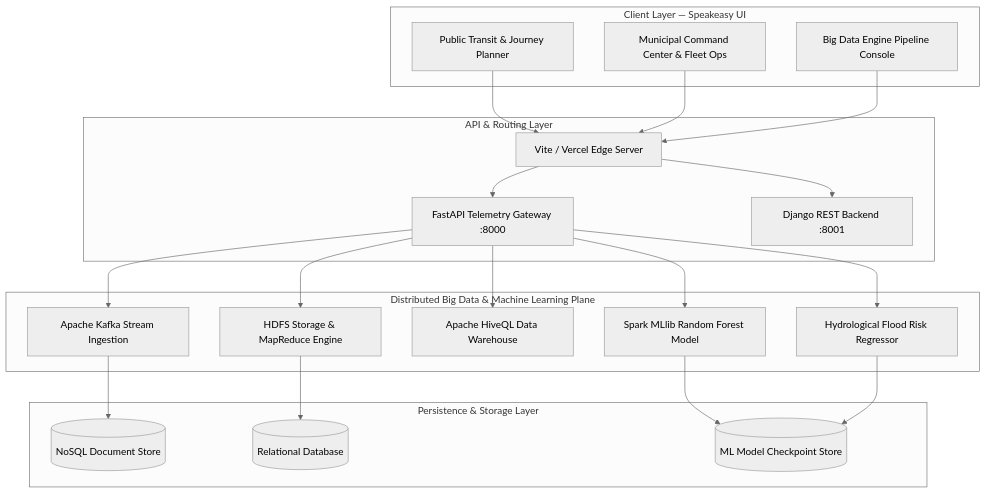
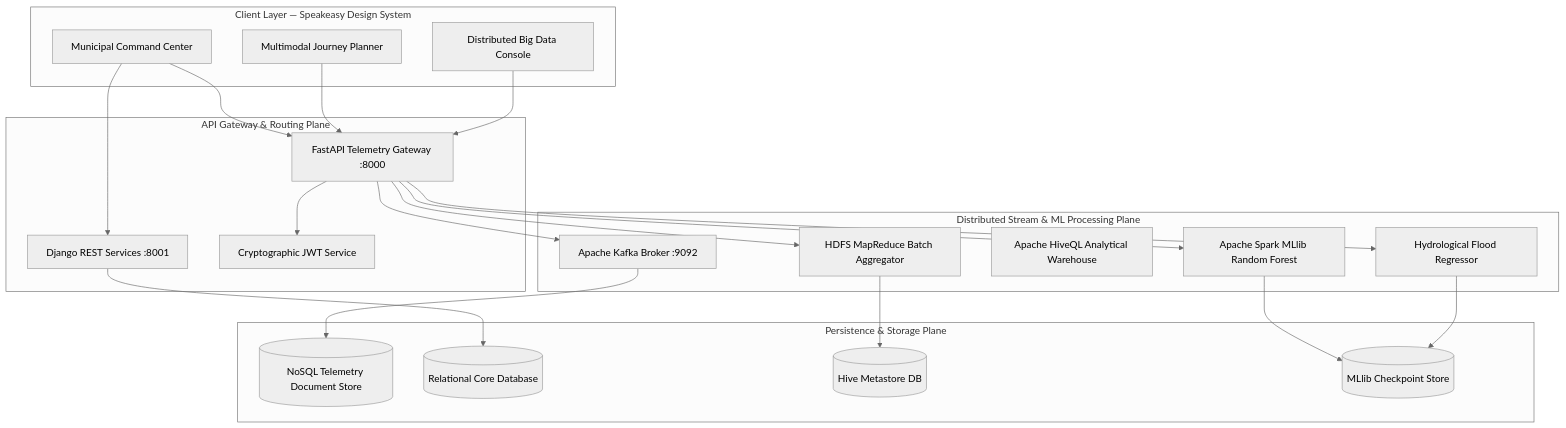
Before and after one commit to yuvanvishnupandi/lambda-mobility: the first of 2 diagrams in README.md, drawn with Mermaid (neutral theme). The commit also changed other lines of this file, not shown here.

````diff
--- a/README.md
+++ b/README.md
@@ -293,47 +62,47 @@
 ```mermaid
 graph TD
 
-subgraph Client["Client Layer — Speakeasy UI"]
-Citizen[Public Transit & Journey Planner]
-Officer[Municipal Command Center & Fleet Ops]
-BigDataUI[Big Data Engine Pipeline Console]
+subgraph Client["Client Layer — Speakeasy Design System"]
+UI_COMMAND[Municipal Command Center]
+UI_TRANSIT[Multimodal Journey Planner]
+UI_BIGDATA[Distributed Big Data Console]
 end
 
-subgraph Gateway["API & Routing Layer"]
-ViteDev[Vite / Vercel Edge Server]
-FastAPI[FastAPI Telemetry Gateway :8000]
-Django[Django REST Backend :8001]
+subgraph Gateway["API Gateway & Routing Plane"]
+FASTAPI[FastAPI Telemetry Gateway :8000]
+DJANGO[Django REST Services :8001]
+AUTH_SERVICE[Cryptographic JWT Service]
 end
 
-subgraph BigDataPlane["Distributed Big Data & Machine Learning Plane"]
-KAFKA[Apache Kafka Stream Ingestion]
-HDFS[HDFS Storage & MapReduce Engine]
-HIVE[Apache HiveQL Data Warehouse]
-SPARK[Spark MLlib Random Forest Model]
-FLOOD[Hydrological Flood Risk Regressor]
+subgraph BigDataPlane["Distributed Stream & ML Processing Plane"]
+KAFKA[Apache Kafka Broker :9092]
+HDFS[HDFS MapReduce Batch Aggregator]
+HIVE[Apache HiveQL Analytical Warehouse]
+SPARK[Apache Spark MLlib Random Forest]
+FLOOD_AI[Hydrological Flood Regressor]
 end
 
-subgraph DataStore["Persistence & Storage Layer"]
-NoSQL[(NoSQL Document Store)]
-SQLite[(Relational Database)]
-ModelStore[(ML Model Checkpoint Store)]
+subgraph Persistence["Persistence & Storage Plane"]
+NOSQL[(NoSQL Telemetry Document Store)]
+SQLITE[(Relational Core Database)]
+METASTORE[(Hive Metastore DB)]
+MODELS[(MLlib Checkpoint Store)]
 end
 
-Citizen --> ViteDev
-Officer --> ViteDev
-BigDataUI --> ViteDev
+UI_COMMAND --> FASTAPI
+UI_TRANSIT --> FASTAPI
+UI_BIGDATA --> FASTAPI
+UI_COMMAND --> DJANGO
 
-ViteDev --> FastAPI
-ViteDev --> Django
+FASTAPI --> AUTH_SERVICE
+FASTAPI --> KAFKA
+FASTAPI --> HDFS
+FASTAPI --> SPARK
+FASTAPI --> FLOOD_AI
+DJANGO --> SQLITE
 
-FastAPI --> KAFKA
-FastAPI --> HDFS
-FastAPI --> HIVE
-FastAPI --> SPARK
-FastAPI --> FLOOD
-
-KAFKA --> NoSQL
-HDFS --> SQLite
-SPARK --> ModelStore
-FLOOD --> ModelStore
+KAFKA --> NOSQL
+HDFS --> METASTORE
+SPARK --> MODELS
+FLOOD_AI --> MODELS
 ```
````
